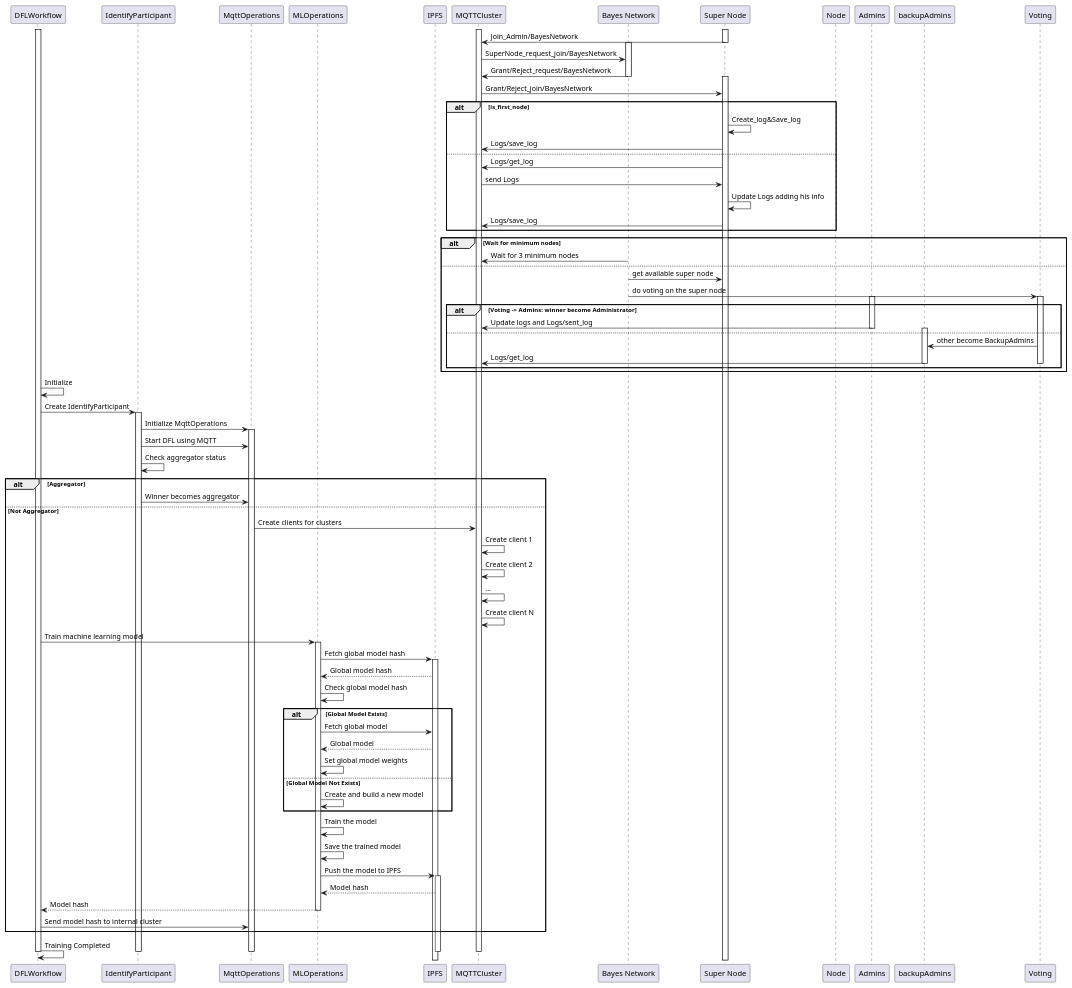
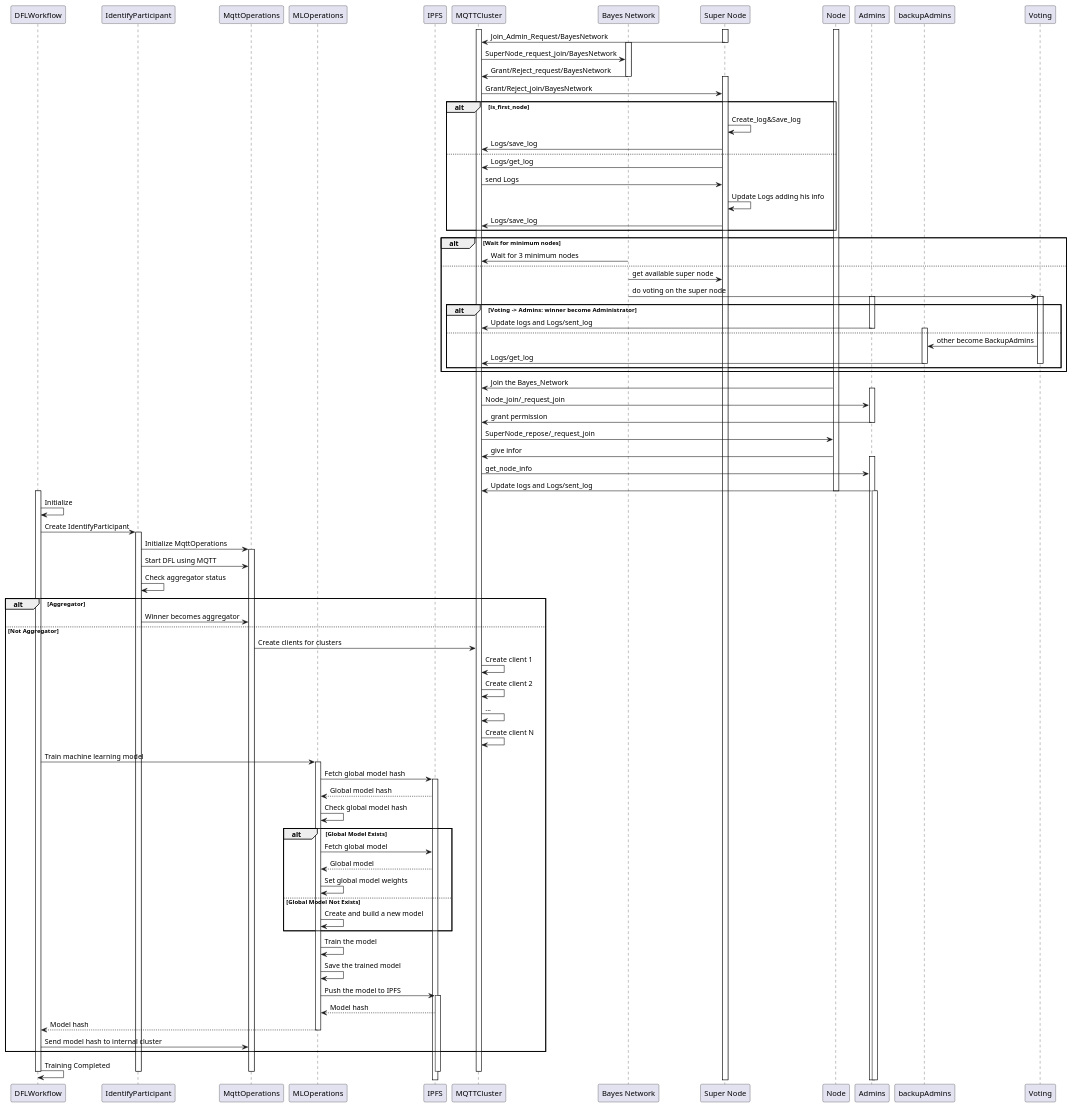
The diagram in doc/backed.puml (bayesianinstitute/FL_Mock), drawn with PlantUML before and after one commit.

Commit message:
updated Bayes Network in backed

```diff
--- a/doc/backed.puml
+++ b/doc/backed.puml
@@ -1,114 +1,131 @@
 @startuml DFLWorkflow Sequence Diagram
 
 participant "DFLWorkflow" as DFL
 participant "IdentifyParticipant" as Participant
 participant "MqttOperations" as MqttOps
 participant "MLOperations" as MLOps
 participant "IPFS" as Ipfs
 participant "MQTTCluster" as MqttCluster
 
 participant "Bayes Network" as BayesNetwork
 participant "Super Node" as SuperNode
 participant "Node" as Node
 participant "Admins" as Admins
 participant "backupAdmins" as BackupAdmins
 participant "Voting" as Voting
 
 
 
 activate MqttCluster
 
 activate SuperNode
 
-SuperNode -> MqttCluster : Join_Admin/BayesNetwork
+SuperNode->MqttCluster: Join_Admin_Request/BayesNetwork
 deactivate SuperNode
 activate BayesNetwork
 MqttCluster -> BayesNetwork : SuperNode_request_join/BayesNetwork
 BayesNetwork -> MqttCluster : Grant/Reject_request/BayesNetwork
 deactivate BayesNetwork
 activate SuperNode
 MqttCluster-> SuperNode : Grant/Reject_join/BayesNetwork
 
 alt is_first_node
     SuperNode->SuperNode: Create_log&Save_log
     SuperNode->MqttCluster: Logs/save_log
 else
     SuperNode->MqttCluster: Logs/get_log
     MqttCluster->SuperNode: send Logs
     SuperNode->SuperNode: Update Logs adding his info
     SuperNode->MqttCluster: Logs/save_log
 end
 
 alt Wait for minimum nodes
     BayesNetwork -> MqttCluster: Wait for 3 minimum nodes
 else
     BayesNetwork -> SuperNode: get available super node
     BayesNetwork -> Voting: do voting on the super node
 
     deactivate BayesNetwork
 
     activate Voting
     activate Admins
      
     alt Voting -> Admins: winner become  Administrator
         Admins -> MqttCluster : Update logs and Logs/sent_log
+
         deactivate Admins
     else
         activate BackupAdmins
         Voting -> BackupAdmins: other become BackupAdmins
         BackupAdmins -> MqttCluster : Logs/get_log
 
         deactivate BackupAdmins
 
         deactivate Voting
     end
 end
+
+
+activate Node 
+Node -> MqttCluster: Join the Bayes_Network
+activate Admins
+MqttCluster -> Admins : Node_join/_request_join
+Admins -> MqttCluster : grant permission
+deactivate Admins
+MqttCluster -> Node : SuperNode_repose/_request_join
+Node -> MqttCluster: give infor
+activate Admins
+MqttCluster -> Admins:get_node_info
+Admins -> MqttCluster : Update logs and Logs/sent_log
+deactivate Node
+activate Admins
+
 
 activate DFL
 
 DFL -> DFL: Initialize
 DFL -> Participant: Create IdentifyParticipant
 activate Participant
 Participant -> MqttOps: Initialize MqttOperations
 activate MqttOps
 Participant -> MqttOps: Start DFL using MQTT
 Participant -> Participant: Check aggregator status
 alt Aggregator
     Participant -> MqttOps: Winner becomes aggregator
 else Not Aggregator
     MqttOps -> MqttCluster: Create clients for clusters
     MqttCluster -> MqttCluster: Create client 1
     MqttCluster -> MqttCluster: Create client 2
     MqttCluster -> MqttCluster: ...
     MqttCluster -> MqttCluster: Create client N
     DFL -> MLOps: Train machine learning model
     activate MLOps
     MLOps -> Ipfs: Fetch global model hash
     activate Ipfs
     Ipfs --> MLOps: Global model hash
     MLOps -> MLOps: Check global model hash
     alt Global Model Exists
         MLOps -> Ipfs: Fetch global model
         Ipfs --> MLOps: Global model
         MLOps -> MLOps: Set global model weights
     else Global Model Not Exists
         MLOps -> MLOps: Create and build a new model
     end
     MLOps -> MLOps: Train the model
     MLOps -> MLOps: Save the trained model
     MLOps -> Ipfs: Push the model to IPFS
     activate Ipfs
     Ipfs --> MLOps: Model hash
     MLOps --> DFL: Model hash
     deactivate MLOps
     DFL -> MqttOps: Send model hash to internal cluster
 end
 DFL -> DFL: Training Completed
 
 deactivate Participant
 deactivate MqttOps
 deactivate Ipfs
 deactivate MqttCluster
 deactivate DFL
 
 @enduml
```
